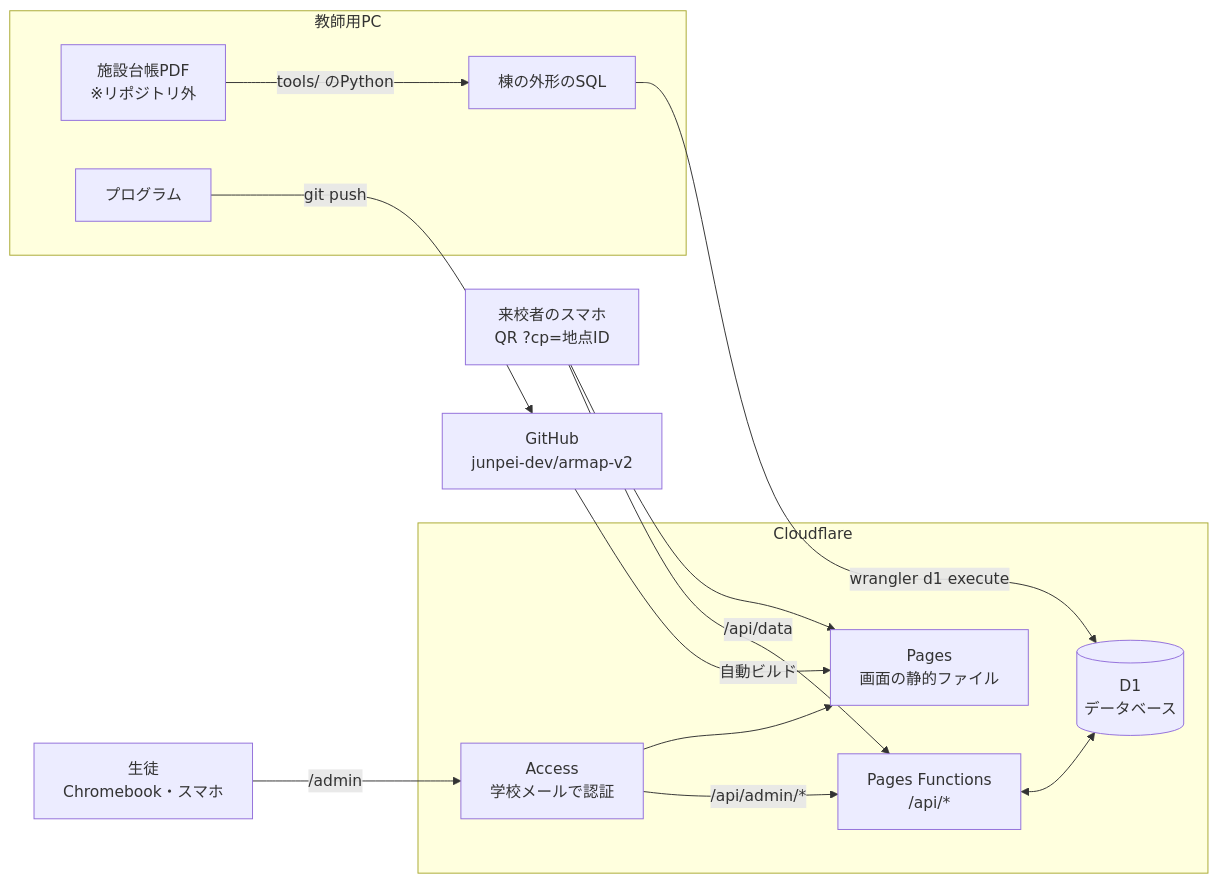
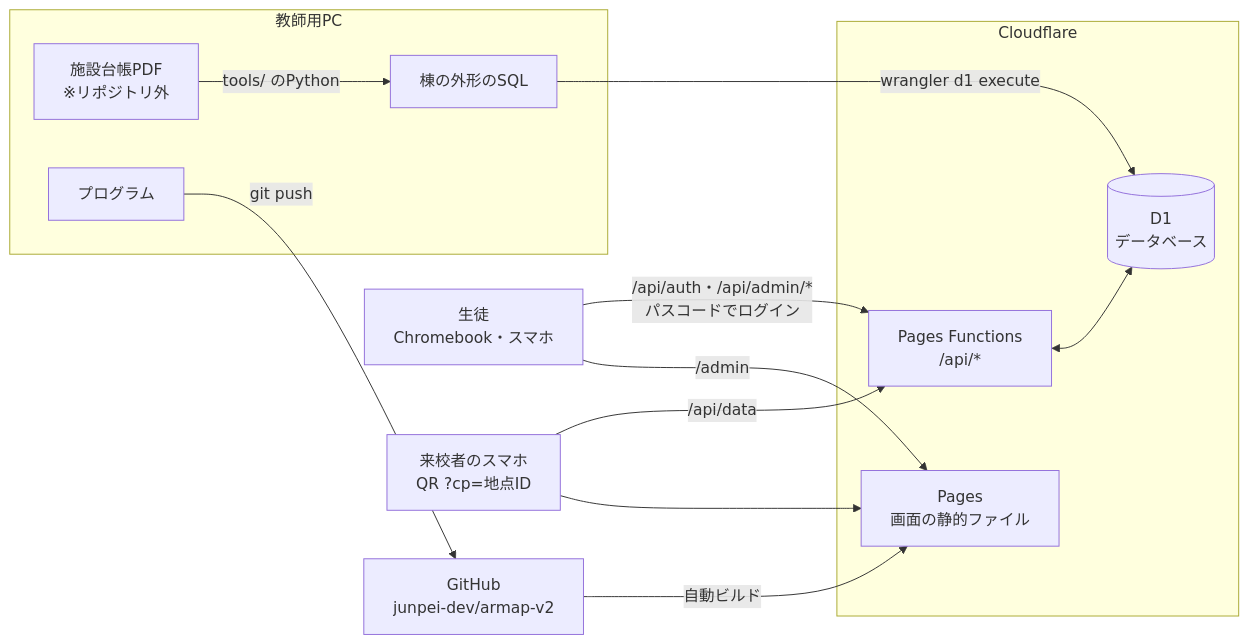
One commit to junpei-dev/armap-v2 changed the first of 3 diagrams in docs/02_設計書.md. Above: the diagram before and after it, drawn with Mermaid. The commit also changed other lines of this file and 12 other files, not shown here.

````diff
--- a/docs/02_設計書.md
+++ b/docs/02_設計書.md
@@ -31,21 +32,20 @@
 ```mermaid
 flowchart LR
   subgraph 教師用PC
     PDF[施設台帳PDF<br>※リポジトリ外] -->|tools/ のPython| SEED[棟の外形のSQL]
     CODE[プログラム]
   end
   CODE -->|git push| GH[GitHub<br>junpei-dev/armap-v2]
   GH -->|自動ビルド| PAGES
   SEED -->|wrangler d1 execute| D1
   subgraph CF[Cloudflare]
     PAGES[Pages<br>画面の静的ファイル]
     FN[Pages Functions<br>/api/*]
     D1[(D1<br>データベース)]
-    ACC[Access<br>学校メールで認証]
     FN <--> D1
   end
-  STU[生徒<br>Chromebook・スマホ] -->|/admin| ACC --> PAGES
-  ACC -->|/api/admin/*| FN
+  STU[生徒<br>Chromebook・スマホ] -->|/admin| PAGES
+  STU -->|/api/auth・/api/admin/*<br>パスコードでログイン| FN
   VIS[来校者のスマホ<br>QR ?cp=地点ID] --> PAGES
   VIS -->|/api/data| FN
 ```
````
